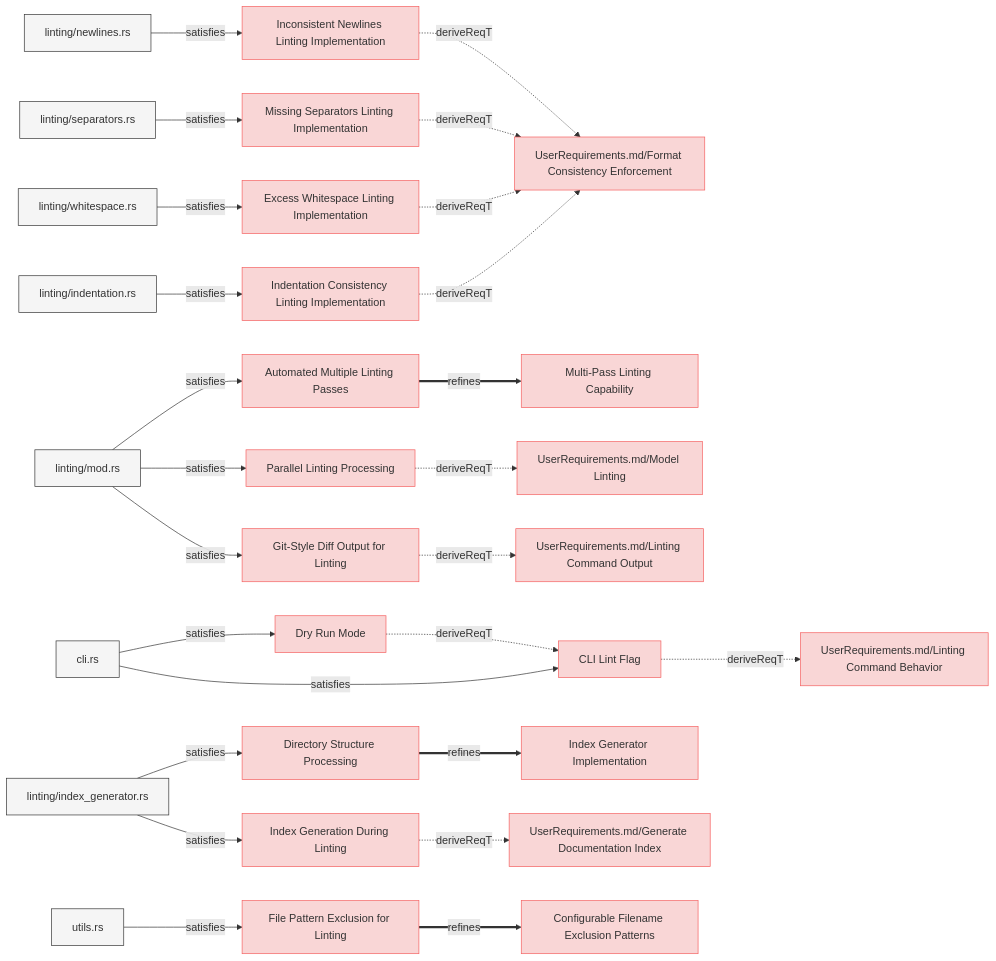
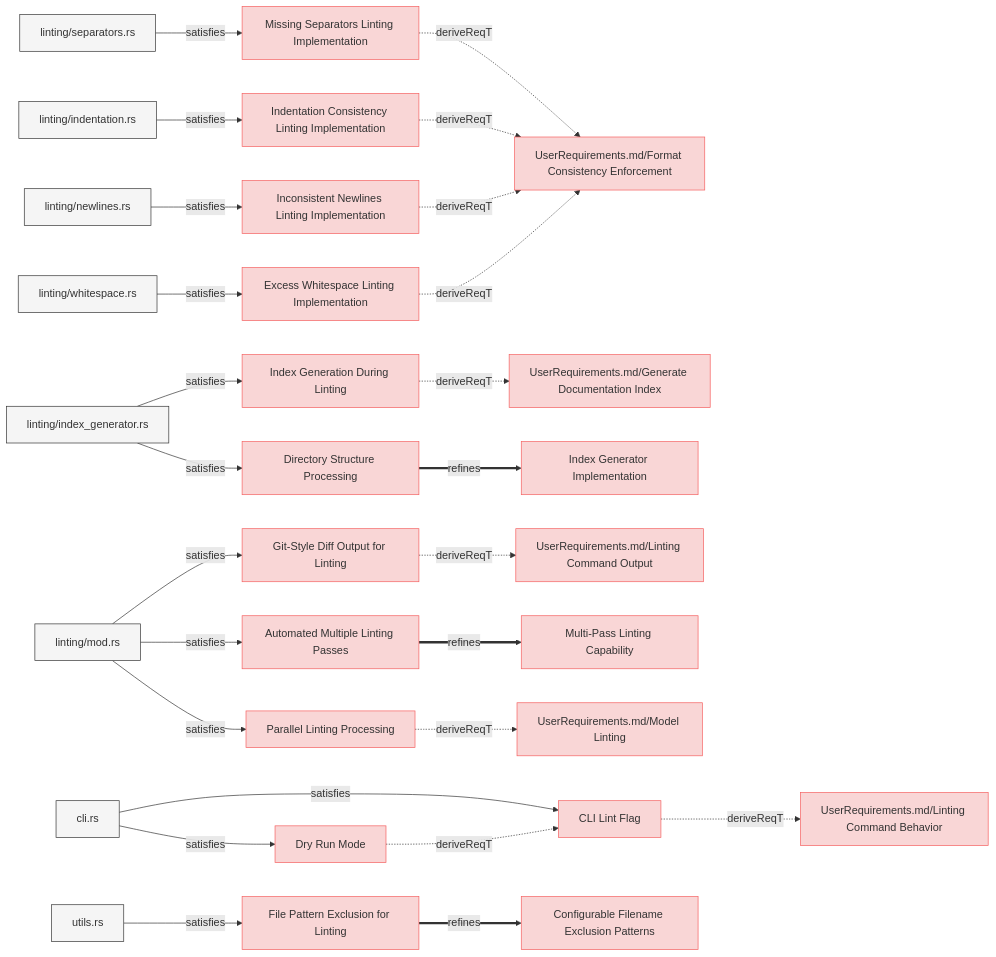
Before and after one commit to reqvire-org/reqvire: the first of 2 diagrams in specifications/SystemRequirements/Requirements.md, drawn with Mermaid. The commit also changed other lines of this file and 19 other files, not shown here.

````diff
--- a/specifications/SystemRequirements/Requirements.md
+++ b/specifications/SystemRequirements/Requirements.md
@@ -9,6 +9,44 @@
   classDef externalLink fill:#d0e0ff,stroke:#3080ff,stroke-width:1px;
   classDef default fill:#f5f5f5,stroke:#333333,stroke-width:1px;
 
+  dd0846393d["Missing Separators Linting Implementation"];
+  click dd0846393d "Requirements.md#missing-separators-linting-implementation";
+  class dd0846393d requirement;
+  81758bdb22["UserRequirements.md/Format Consistency Enforcement"];
+  class 81758bdb22 requirement;
+  click 81758bdb22 "../UserRequirements.md#format-consistency-enforcement";
+  dd0846393d -.->|deriveReqT| 81758bdb22;
+  b90e4bcdd6["linting/separators.rs"];
+  class b90e4bcdd6 default;
+  click b90e4bcdd6 "../..../../src/linting/separators.rs";
+  b90e4bcdd6 -->|satisfies| dd0846393d;
+  63f1cd4974["Git-Style Diff Output for Linting"];
+  click 63f1cd4974 "Requirements.md#git-style-diff-output-for-linting";
+  class 63f1cd4974 requirement;
+  808b1863c8["UserRequirements.md/Linting Command Output"];
+  class 808b1863c8 requirement;
+  click 808b1863c8 "../UserRequirements.md#linting-command-output";
+  63f1cd4974 -.->|deriveReqT| 808b1863c8;
+  3c61a8f8d3["linting/mod.rs"];
+  class 3c61a8f8d3 default;
+  click 3c61a8f8d3 "../..../../src/linting/mod.rs";
+  3c61a8f8d3 -->|satisfies| 63f1cd4974;
+  3efb9595f2["Indentation Consistency Linting Implementation"];
+  click 3efb9595f2 "Requirements.md#indentation-consistency-linting-implementation";
+  class 3efb9595f2 requirement;
+  3efb9595f2 -.->|deriveReqT| 81758bdb22;
+  5604a53ad3["linting/indentation.rs"];
+  class 5604a53ad3 default;
+  click 5604a53ad3 "../..../../src/linting/indentation.rs";
+  5604a53ad3 -->|satisfies| 3efb9595f2;
+  6e1435ad10["Inconsistent Newlines Linting Implementation"];
+  click 6e1435ad10 "Requirements.md#inconsistent-newlines-linting-implementation";
+  class 6e1435ad10 requirement;
+  6e1435ad10 -.->|deriveReqT| 81758bdb22;
+  adb880afe2["linting/newlines.rs"];
+  class adb880afe2 default;
+  click adb880afe2 "../..../../src/linting/newlines.rs";
+  adb880afe2 -->|satisfies| 6e1435ad10;
   ec14dc67ea["Automated Multiple Linting Passes"];
   click ec14dc67ea "Requirements.md#automated-multiple-linting-passes";
   class ec14dc67ea requirement;
@@ -16,29 +54,61 @@
   class feb2e14e3b requirement;
   click feb2e14e3b "Requirements.md#multi-pass-linting-capability";
   ec14dc67ea ==>|refines| feb2e14e3b;
-  5d72a78def["linting/mod.rs"];
-  class 5d72a78def default;
-  click 5d72a78def "/src/linting/mod.rs";
-  5d72a78def -->|satisfies| ec14dc67ea;
-  6e1435ad10["Inconsistent Newlines Linting Implementation"];
-  click 6e1435ad10 "Requirements.md#inconsistent-newlines-linting-implementation";
-  class 6e1435ad10 requirement;
-  81758bdb22["UserRequirements.md/Format Consistency Enforcement"];
-  class 81758bdb22 requirement;
-  click 81758bdb22 "../UserRequirements.md#format-consistency-enforcement";
-  6e1435ad10 -.->|deriveReqT| 81758bdb22;
-  f771dce14b["linting/newlines.rs"];
-  class f771dce14b default;
-  click f771dce14b "/src/linting/newlines.rs";
-  f771dce14b -->|satisfies| 6e1435ad10;
-  dd0846393d["Missing Separators Linting Implementation"];
-  click dd0846393d "Requirements.md#missing-separators-linting-implementation";
-  class dd0846393d requirement;
-  dd0846393d -.->|deriveReqT| 81758bdb22;
-  c5bb68b4c4["linting/separators.rs"];
-  class c5bb68b4c4 default;
-  click c5bb68b4c4 "/src/linting/separators.rs";
-  c5bb68b4c4 -->|satisfies| dd0846393d;
+  3c61a8f8d3 -->|satisfies| ec14dc67ea;
+  74344124a8["Index Generation During Linting"];
+  click 74344124a8 "Requirements.md#index-generation-during-linting";
+  class 74344124a8 requirement;
+  f5b5eaeb28["UserRequirements.md/Generate Documentation Index"];
+  class f5b5eaeb28 requirement;
+  click f5b5eaeb28 "../UserRequirements.md#generate-documentation-index";
+  74344124a8 -.->|deriveReqT| f5b5eaeb28;
+  58ac33706d["linting/index_generator.rs"];
+  class 58ac33706d default;
+  click 58ac33706d "../..../../src/linting/index_generator.rs";
+  58ac33706d -->|satisfies| 74344124a8;
+  d93eda81e3["Directory Structure Processing"];
+  click d93eda81e3 "Requirements.md#directory-structure-processing";
+  class d93eda81e3 requirement;
+  ec70b05609["Index Generator Implementation"];
+  class ec70b05609 requirement;
+  click ec70b05609 "Requirements.md#index-generator-implementation";
+  d93eda81e3 ==>|refines| ec70b05609;
+  58ac33706d -->|satisfies| d93eda81e3;
+  fffbb22796["CLI Lint Flag"];
+  click fffbb22796 "Requirements.md#cli-lint-flag";
+  class fffbb22796 requirement;
+  887a7d36ca["UserRequirements.md/Linting Command Behavior"];
+  class 887a7d36ca requirement;
+  click 887a7d36ca "../UserRequirements.md#linting-command";
+  fffbb22796 -.->|deriveReqT| 887a7d36ca;
+  6b749da146["cli.rs"];
+  class 6b749da146 default;
+  click 6b749da146 "../..../../src/cli.rs";
+  6b749da146 -->|satisfies| fffbb22796;
+  8f2198f681["Dry Run Mode"];
+  click 8f2198f681 "Requirements.md#dry-run-mode";
+  class 8f2198f681 requirement;
+  8f2198f681 -.->|deriveReqT| fffbb22796;
+  6b749da146 -->|satisfies| 8f2198f681;
+  45770e9b31["File Pattern Exclusion for Linting"];
+  click 45770e9b31 "Requirements.md#file-pattern-exclusion-for-linting";
+  class 45770e9b31 requirement;
+  cc8128cae3["Configurable Filename Exclusion Patterns"];
+  class cc8128cae3 requirement;
+  click cc8128cae3 "Requirements.md#configurable-filename-exclusion-patterns";
+  45770e9b31 ==>|refines| cc8128cae3;
+  5962484230["utils.rs"];
+  class 5962484230 default;
+  click 5962484230 "../..../../src/utils.rs";
+  5962484230 -->|satisfies| 45770e9b31;
+  3f3d3f9ccb["Excess Whitespace Linting Implementation"];
+  click 3f3d3f9ccb "Requirements.md#excess-whitespace-linting-implementation";
+  class 3f3d3f9ccb requirement;
+  3f3d3f9ccb -.->|deriveReqT| 81758bdb22;
+  defc3a45e2["linting/whitespace.rs"];
+  class defc3a45e2 default;
+  click defc3a45e2 "../..../../src/linting/whitespace.rs";
+  defc3a45e2 -->|satisfies| 3f3d3f9ccb;
   66aa36deca["Parallel Linting Processing"];
   click 66aa36deca "Requirements.md#parallel-linting-processing";
   class 66aa36deca requirement;
@@ -46,87 +116,5 @@
   class 103ddb8dc3 requirement;
   click 103ddb8dc3 "../UserRequirements.md#model-linting";
   66aa36deca -.->|deriveReqT| 103ddb8dc3;
-  5d72a78def["linting/mod.rs"];
-  class 5d72a78def default;
-  click 5d72a78def "/src/linting/mod.rs";
-  5d72a78def -->|satisfies| 66aa36deca;
-  8f2198f681["Dry Run Mode"];
-  click 8f2198f681 "Requirements.md#dry-run-mode";
-  class 8f2198f681 requirement;
-  fffbb22796["CLI Lint Flag"];
-  class fffbb22796 requirement;
-  click fffbb22796 "Requirements.md#cli-lint-flag";
-  8f2198f681 -.->|deriveReqT| fffbb22796;
-  b04c66abda["cli.rs"];
-  class b04c66abda default;
-  click b04c66abda "/src/cli.rs";
-  b04c66abda -->|satisfies| 8f2198f681;
-  63f1cd4974["Git-Style Diff Output for Linting"];
-  click 63f1cd4974 "Requirements.md#git-style-diff-output-for-linting";
-  class 63f1cd4974 requirement;
-  808b1863c8["UserRequirements.md/Linting Command Output"];
-  class 808b1863c8 requirement;
-  click 808b1863c8 "../UserRequirements.md#linting-command-output";
-  63f1cd4974 -.->|deriveReqT| 808b1863c8;
-  5d72a78def["linting/mod.rs"];
-  class 5d72a78def default;
-  click 5d72a78def "/src/linting/mod.rs";
-  5d72a78def -->|satisfies| 63f1cd4974;
-  3f3d3f9ccb["Excess Whitespace Linting Implementation"];
-  click 3f3d3f9ccb "Requirements.md#excess-whitespace-linting-implementation";
-  class 3f3d3f9ccb requirement;
-  3f3d3f9ccb -.->|deriveReqT| 81758bdb22;
-  890ff61be8["linting/whitespace.rs"];
-  class 890ff61be8 default;
-  click 890ff61be8 "/src/linting/whitespace.rs";
-  890ff61be8 -->|satisfies| 3f3d3f9ccb;
-  3efb9595f2["Indentation Consistency Linting Implementation"];
-  click 3efb9595f2 "Requirements.md#indentation-consistency-linting-implementation";
-  class 3efb9595f2 requirement;
-  3efb9595f2 -.->|deriveReqT| 81758bdb22;
-  a33e375c37["linting/indentation.rs"];
-  class a33e375c37 default;
-  click a33e375c37 "/src/linting/indentation.rs";
-  a33e375c37 -->|satisfies| 3efb9595f2;
-  887a7d36ca["UserRequirements.md/Linting Command Behavior"];
-  class 887a7d36ca requirement;
-  click 887a7d36ca "../UserRequirements.md#linting-command";
-  fffbb22796 -.->|deriveReqT| 887a7d36ca;
-  b04c66abda["cli.rs"];
-  class b04c66abda default;
-  click b04c66abda "/src/cli.rs";
-  b04c66abda -->|satisfies| fffbb22796;
-  d93eda81e3["Directory Structure Processing"];
-  click d93eda81e3 "Requirements.md#directory-structure-processing";
-  class d93eda81e3 requirement;
-  ec70b05609["Index Generator Implementation"];
-  class ec70b05609 requirement;
-  click ec70b05609 "Requirements.md#index-generator-implementation";
-  d93eda81e3 ==>|refines| ec70b05609;
-  6433b28d02["linting/index_generator.rs"];
-  class 6433b28d02 default;
-  click 6433b28d02 "/src/linting/index_generator.rs";
-  6433b28d02 -->|satisfies| d93eda81e3;
-  74344124a8["Index Generation During Linting"];
-  click 74344124a8 "Requirements.md#index-generation-during-linting";
-  class 74344124a8 requirement;
-  f5b5eaeb28["UserRequirements.md/Generate Documentation Index"];
-  class f5b5eaeb28 requirement;
-  click f5b5eaeb28 "../UserRequirements.md#generate-documentation-index";
-  74344124a8 -.->|deriveReqT| f5b5eaeb28;
-  6433b28d02["linting/index_generator.rs"];
-  class 6433b28d02 default;
-  click 6433b28d02 "/src/linting/index_generator.rs";
-  6433b28d02 -->|satisfies| 74344124a8;
-  45770e9b31["File Pattern Exclusion for Linting"];
-  click 45770e9b31 "Requirements.md#file-pattern-exclusion-for-linting";
-  class 45770e9b31 requirement;
-  cc8128cae3["Configurable Filename Exclusion Patterns"];
-  class cc8128cae3 requirement;
-  click cc8128cae3 "Requirements.md#configurable-filename-exclusion-patterns";
-  45770e9b31 ==>|refines| cc8128cae3;
-  e3935df50d["utils.rs"];
-  class e3935df50d default;
-  click e3935df50d "/src/utils.rs";
-  e3935df50d -->|satisfies| 45770e9b31;
+  3c61a8f8d3 -->|satisfies| 66aa36deca;
 ```
````
